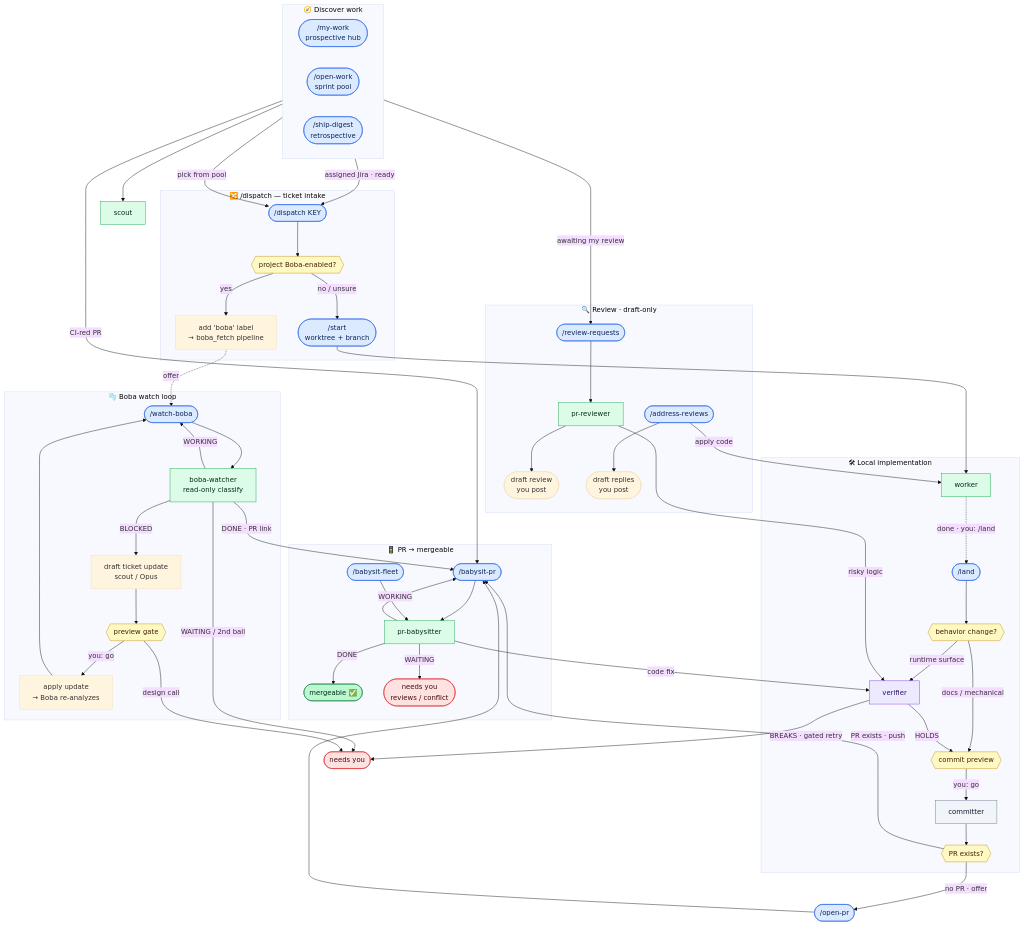
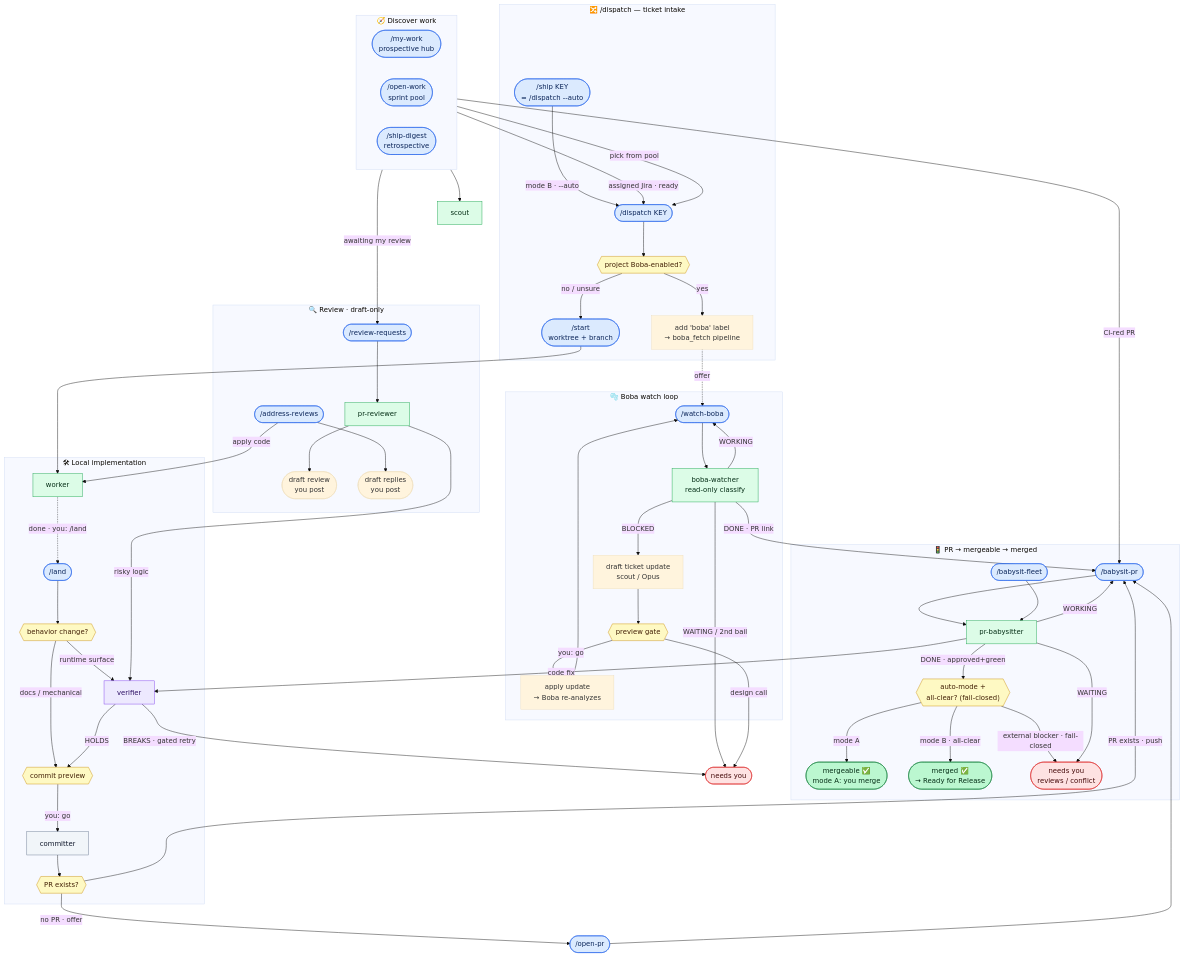
One commit to timopruesse/.dotfiles changed the diagram in WORKFLOWS.md. Above: the diagram before and after it, drawn with Mermaid (base theme). The commit also changed other lines of this file and 14 other files, not shown here.

````diff
--- a/WORKFLOWS.md
+++ b/WORKFLOWS.md
@@ -17,6 +17,7 @@
     end
 
     subgraph dispatch["🔀 /dispatch — ticket intake"]
+        SHIP(["/ship KEY<br/>= /dispatch --auto"])
         DSP(["/dispatch KEY"])
         DISP{{"project Boba-enabled?"}}
         LBL["add 'boba' label<br/>→ boba_fetch pipeline"]
@@ -41,11 +42,13 @@
         PRQ{{"PR exists?"}}
     end
 
-    subgraph pr["🚦 PR → mergeable"]
+    subgraph pr["🚦 PR → mergeable → merged"]
         BP(["/babysit-pr"])
         FL(["/babysit-fleet"])
         PRB["pr-babysitter"]
-        MERGE(["mergeable ✅"])
+        AM{{"auto-mode +<br/>all-clear? (fail-closed)"}}
+        MERGE(["mergeable ✅<br/>mode A: you merge"])
+        MRG(["merged ✅<br/>→ Ready for Release"])
         HUM2(["needs you<br/>reviews / conflict"])
     end
 
@@ -68,6 +71,7 @@
     OW -->|"pick from pool"| DSP
     SD --> SCOUT
 
+    SHIP -->|"mode B · --auto"| DSP
     DSP --> DISP
     DISP -->|"yes"| LBL
     DISP -->|"no / unsure"| ST
@@ -100,7 +104,10 @@
     FL --> PRB
     PRB -->|"code fix"| VER
     PRB -->|"WORKING"| BP
-    PRB -->|"DONE"| MERGE
+    PRB -->|"DONE · approved+green"| AM
+    AM -->|"mode B · all-clear"| MRG
+    AM -->|"mode A"| MERGE
+    AM -->|"external blocker · fail-closed"| HUM2
     PRB -->|"WAITING"| HUM2
 
     RR --> PRR
@@ -118,11 +125,11 @@
     classDef human   fill:#fee2e2,stroke:#dc2626,color:#450a0a;
     classDef done    fill:#bbf7d0,stroke:#15803d,color:#052e16;
 
-    class MW,OW,SD,WB,DSP,ST,OP,BP,FL,RR,AR,LND command;
+    class MW,OW,SD,WB,DSP,ST,OP,BP,FL,RR,AR,LND,SHIP command;
     class SCOUT,BW,WK,PRB,PRR sonnet;
     class VER opus;
     class CM haiku;
-    class DISP,PG,VG,LPG,PRQ gate;
+    class DISP,PG,VG,LPG,PRQ,AM gate;
     class HUM1,HUM2 human;
-    class MERGE done;
+    class MERGE,MRG done;
 ```
````
